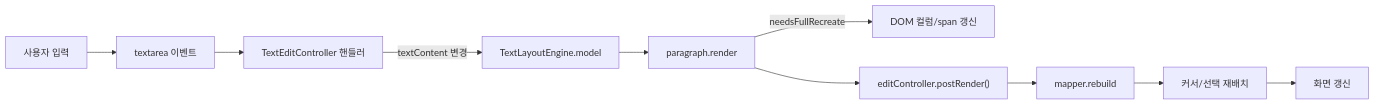
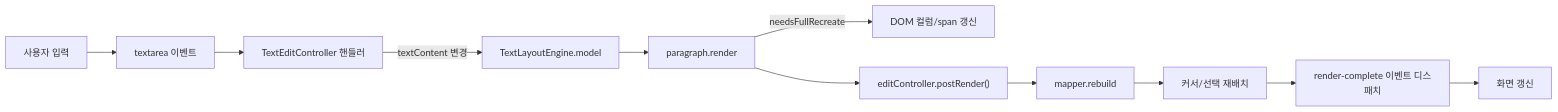
The second of 14 diagrams in docs/EDITING_TEXT.md (kyiimn/layout-element), drawn with Mermaid before and after one commit. The commit also changed other lines of this file and 3 other files, not shown here.

First line of the commit message:
docs: document render-complete event and overflow indicator

````diff
--- a/docs/EDITING_TEXT.md
+++ b/docs/EDITING_TEXT.md
@@ -66,12 +66,13 @@
 ```mermaid
 flowchart LR
     A[사용자 입력] --> B["textarea 이벤트"]
     B --> C[TextEditController 핸들러]
     C -->|textContent 변경| D["TextLayoutEngine.model"]
     D --> E[paragraph.render]
     E -->|needsFullRecreate| F[DOM 컬럼/span 갱신]
     E --> G["editController.postRender()"]
     G --> H[mapper.rebuild]
     H --> I["커서/선택 재배치"]
-    I --> J[화면 갱신]
+    I --> J[render-complete 이벤트 디스패치]
+    J --> K[화면 갱신]
 ```
````
